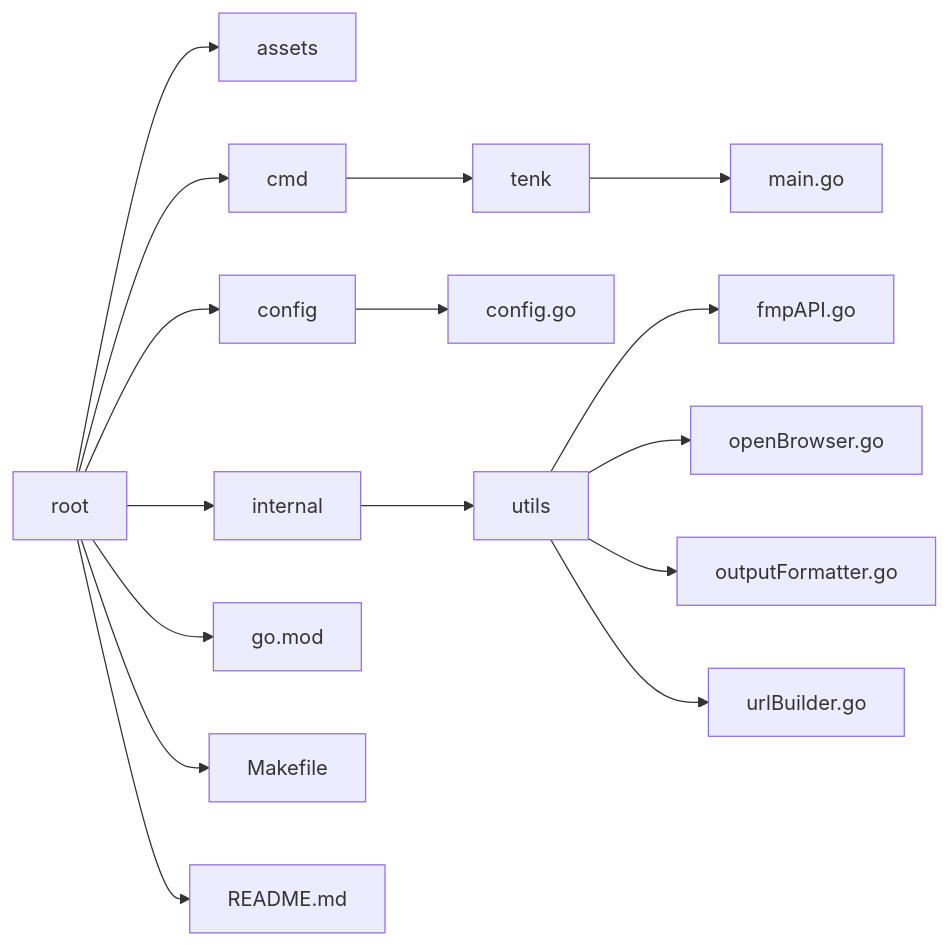
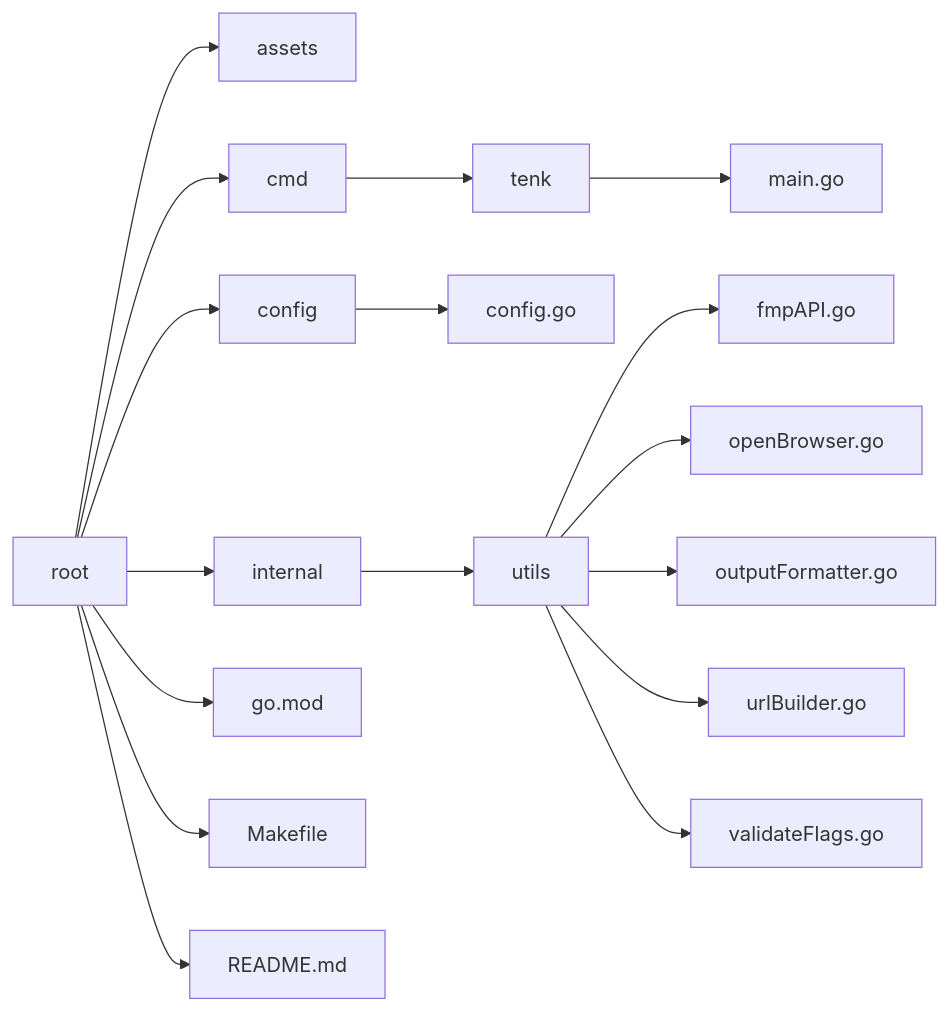
The diagram in README.md (mmclinton/tenk), drawn with Mermaid before and after one commit. The commit also changed other lines of this file and 1 other file, not shown here.

````diff
--- a/README.md
+++ b/README.md
@@ -61,19 +65,21 @@
 ```mermaid
 graph LR;
     root[root]
     root --> assets
     root --> cmd
     root --> config
     root --> internal
     root --> go.mod
     root --> Makefile
     root --> README.md
     cmd --> tenk
     tenk --> main.go
     config --> config.go
     internal --> utils
     utils --> fmpAPI.go
     utils --> openBrowser.go
     utils --> outputFormatter.go
     utils --> urlBuilder.go
+    utils --> validateFlags.go
+
 ```
````
